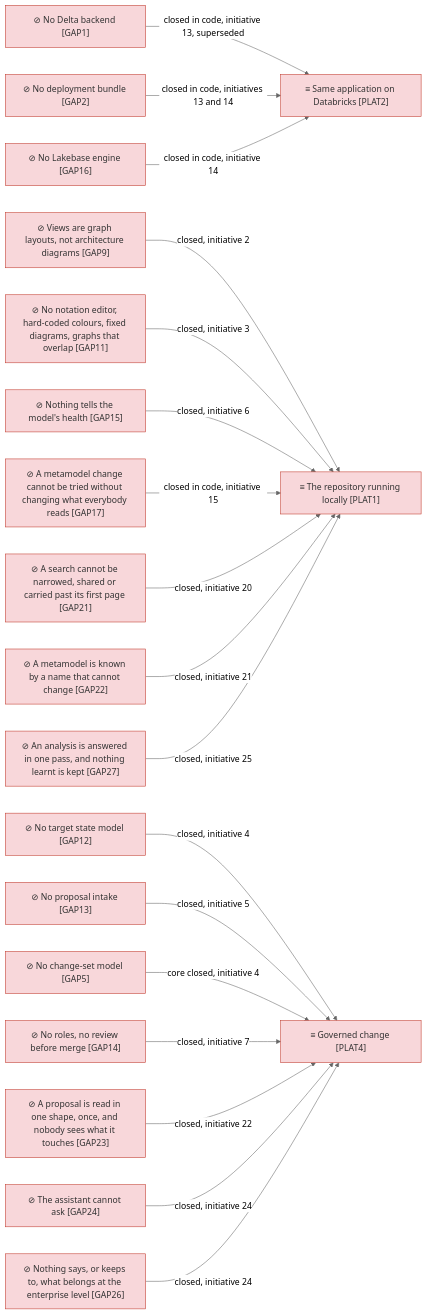
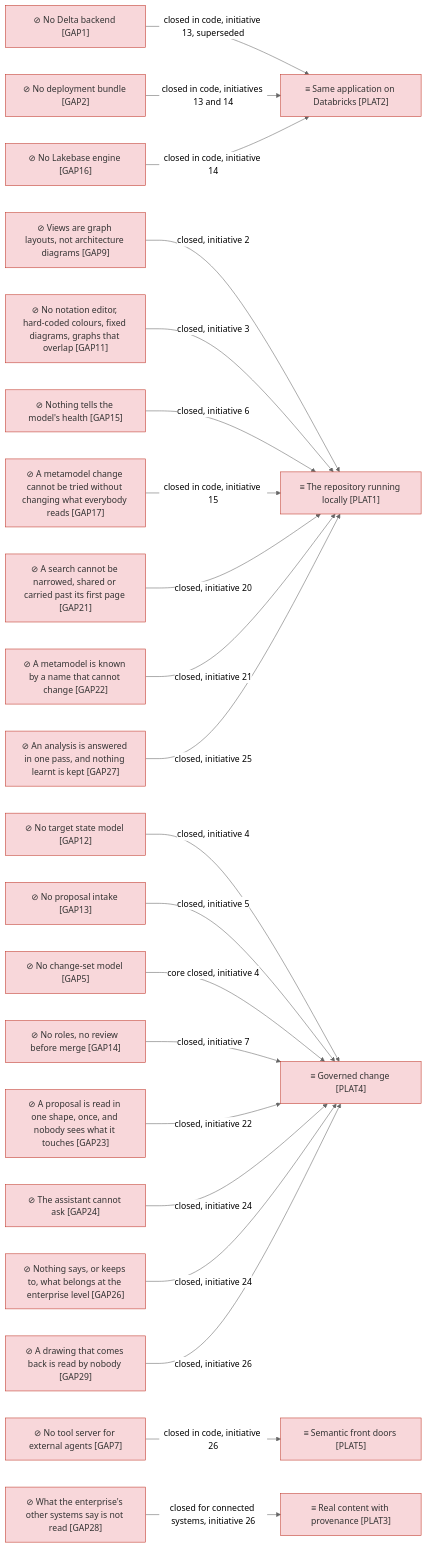
Before and after one commit to roanboc/dbx-enterprise-architecture: the fourth of 4 diagrams in architecture/6_transition/1_target-state.md, drawn with Mermaid (neutral theme). The commit also changed other lines of this file and 15 other files, not shown here.

First line of the commit message:
docs(architecture): initiative 26 built — the application and technology layers aligned, GAP7, GAP28 and GAP29 closed

````diff
--- a/architecture/6_transition/1_target-state.md
+++ b/architecture/6_transition/1_target-state.md
@@ -153,42 +153,50 @@
 ```mermaid
 flowchart LR
   p1["≡ The repository running locally [PLAT1]"]:::implementation
   p2["≡ Same application on Databricks [PLAT2]"]:::implementation
   p4["≡ Governed change [PLAT4]"]:::implementation
   g1["⊘ No Delta backend [GAP1]"]:::implementation
   g2["⊘ No deployment bundle [GAP2]"]:::implementation
   g16["⊘ No Lakebase engine [GAP16]"]:::implementation
   g9["⊘ Views are graph layouts, not architecture diagrams [GAP9]"]:::implementation
   g11["⊘ No notation editor, hard-coded colours, fixed diagrams, graphs that overlap [GAP11]"]:::implementation
   g5["⊘ No change-set model [GAP5]"]:::implementation
   g12["⊘ No target state model [GAP12]"]:::implementation
   g13["⊘ No proposal intake [GAP13]"]:::implementation
   g14["⊘ No roles, no review before merge [GAP14]"]:::implementation
   g15["⊘ Nothing tells the model's health [GAP15]"]:::implementation
   g17["⊘ A metamodel change cannot be tried without changing what everybody reads [GAP17]"]:::implementation
   g21["⊘ A search cannot be narrowed, shared or carried past its first page [GAP21]"]:::implementation
   g22["⊘ A metamodel is known by a name that cannot change [GAP22]"]:::implementation
   g23["⊘ A proposal is read in one shape, once, and nobody sees what it touches [GAP23]"]:::implementation
   g24["⊘ The assistant cannot ask [GAP24]"]:::implementation
   g26["⊘ Nothing says, or keeps to, what belongs at the enterprise level [GAP26]"]:::implementation
   g27["⊘ An analysis is answered in one pass, and nothing learnt is kept [GAP27]"]:::implementation
+  g7["⊘ No tool server for external agents [GAP7]"]:::implementation
+  g28["⊘ What the enterprise's other systems say is not read [GAP28]"]:::implementation
+  g29["⊘ A drawing that comes back is read by nobody [GAP29]"]:::implementation
+  p5["≡ Semantic front doors [PLAT5]"]:::implementation
+  p3["≡ Real content with provenance [PLAT3]"]:::implementation
   g9 -->|closed, initiative 2| p1
   g11 -->|closed, initiative 3| p1
   g12 -->|closed, initiative 4| p4
   g13 -->|closed, initiative 5| p4
   g5 -->|core closed, initiative 4| p4
   g14 -->|closed, initiative 7| p4
   g15 -->|closed, initiative 6| p1
   g1 -->|closed in code, initiative 13, superseded| p2
   g2 -->|closed in code, initiatives 13 and 14| p2
   g16 -->|closed in code, initiative 14| p2
   g17 -->|closed in code, initiative 15| p1
   g21 -->|closed, initiative 20| p1
   g22 -->|closed, initiative 21| p1
   g23 -->|closed, initiative 22| p4
   g24 -->|closed, initiative 24| p4
   g26 -->|closed, initiative 24| p4
   g27 -->|closed, initiative 25| p1
+  g7 -->|closed in code, initiative 26| p5
+  g28 -->|closed for connected systems, initiative 26| p3
+  g29 -->|closed, initiative 26| p4
 
   classDef implementation fill:#f8d7da,stroke:#c0392b,color:#333
 ```
````
